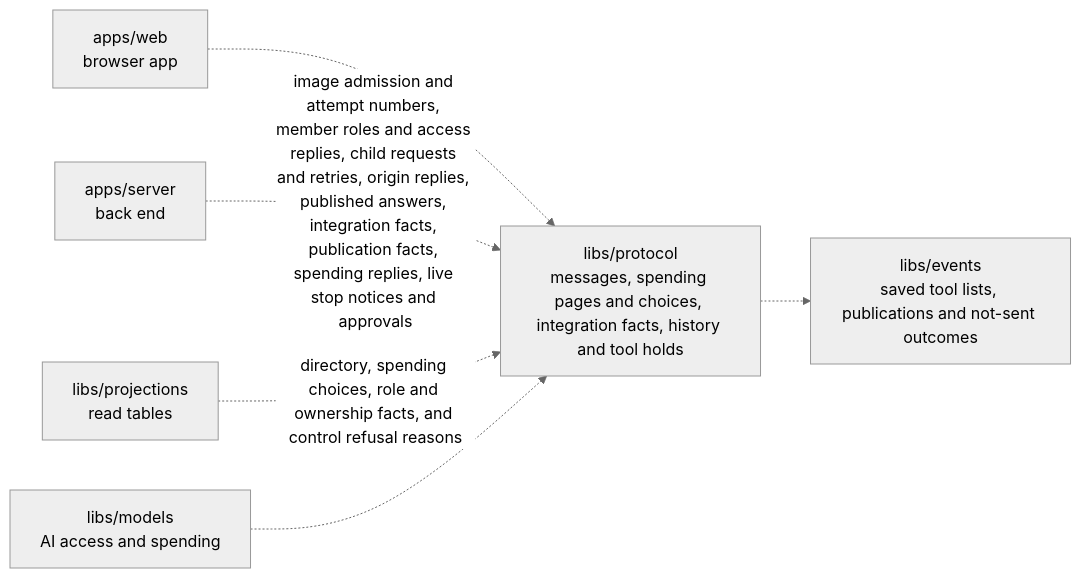
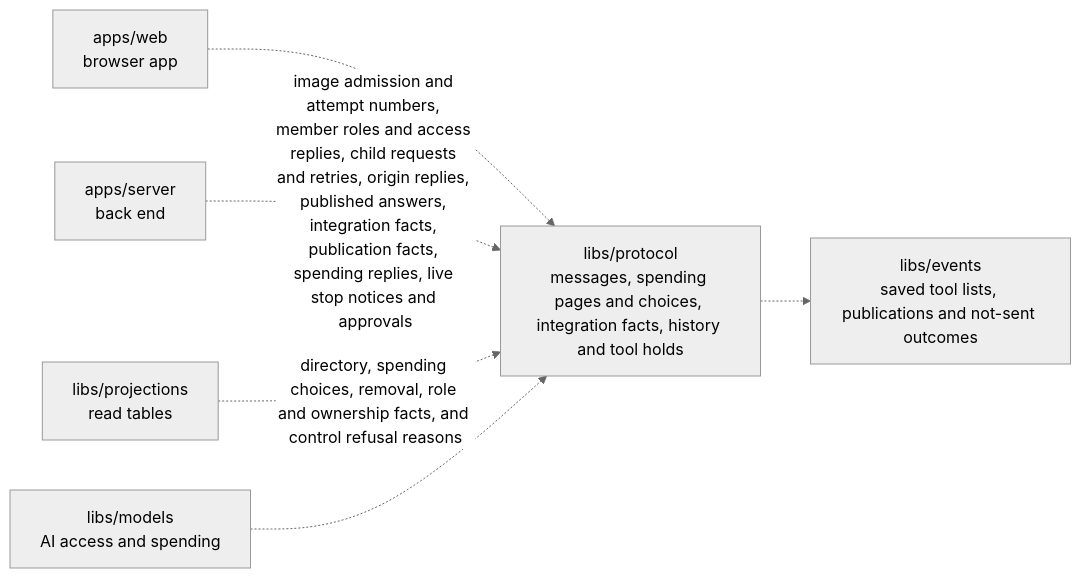
One commit to elewa-git/opencrane-new changed the diagram in libs/protocol/README.md. Above: the diagram before and after it, drawn with Mermaid (neutral theme). The commit also changed other lines of this file and 11 other files, not shown here.

````diff
--- a/libs/protocol/README.md
+++ b/libs/protocol/README.md
@@ -17,8 +18,8 @@
 ```mermaid
 flowchart LR
   web["apps/web<br/>browser app"] -.-> protocol["libs/protocol<br/>messages, spending pages and choices, integration facts, history and tool holds"]
   server["apps/server<br/>back end"] -.->|image admission and attempt numbers, member roles and access replies, child requests and retries, origin replies, published answers, integration facts, publication facts, spending replies, live stop notices and approvals| protocol
-  projections["libs/projections<br/>read tables"] -.->|directory, spending choices, role and ownership facts, and control refusal reasons| protocol
+  projections["libs/projections<br/>read tables"] -.->|directory, spending choices, removal, role and ownership facts, and control refusal reasons| protocol
   models["libs/models<br/>AI access and spending"] -.-> protocol
   protocol -.-> events["libs/events<br/>saved tool lists, publications and not-sent outcomes"]
 ```
````
